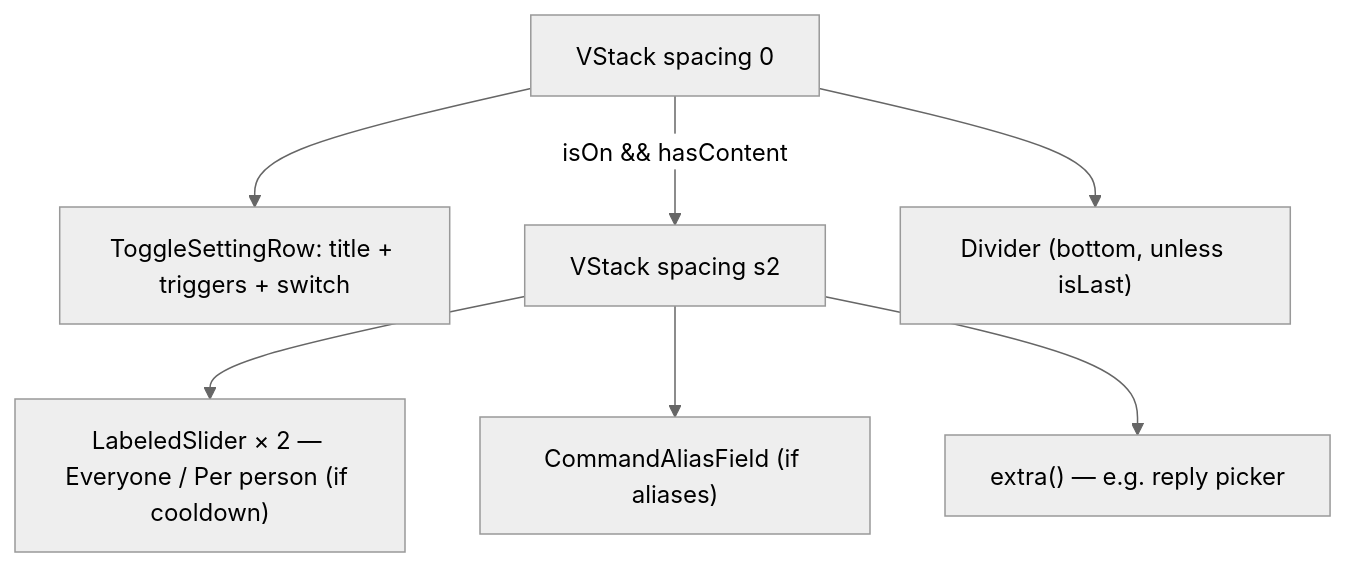
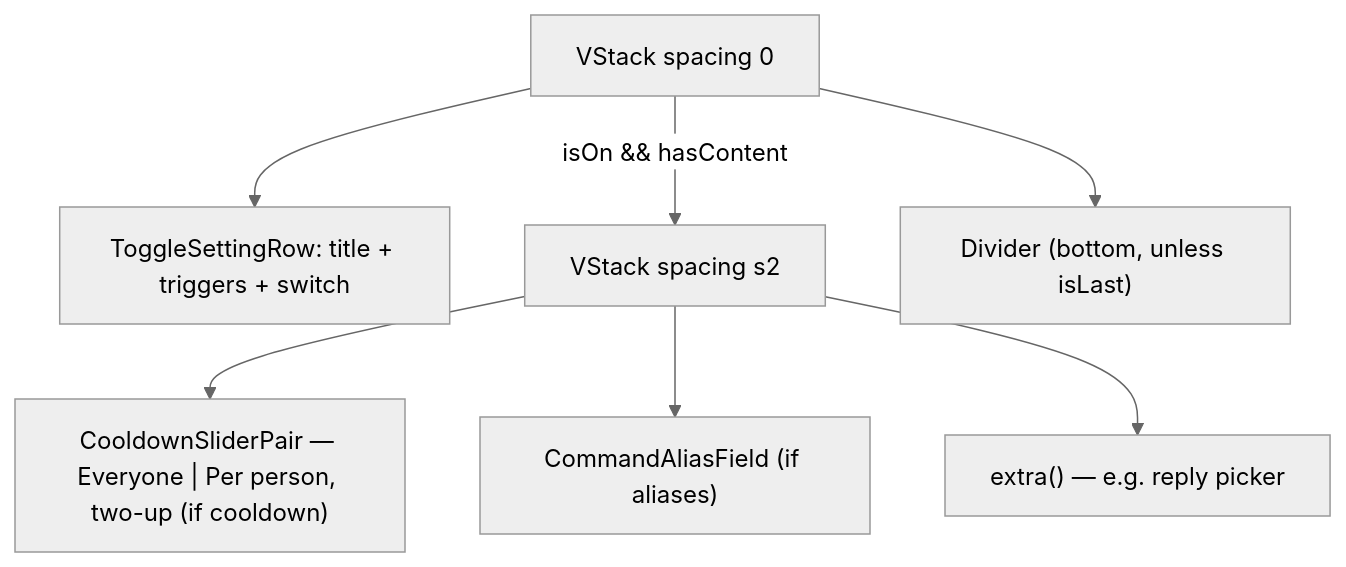
The diagram in design-system/components/command-setting-row.md (MrDemonWolf/WolfWave), drawn with Mermaid (neutral theme) before and after one commit. The commit also changed other lines of this file and 6 other files, not shown here.

````diff
--- a/design-system/components/command-setting-row.md
+++ b/design-system/components/command-setting-row.md
@@ -52,9 +52,9 @@
 ```mermaid
 flowchart TD
   Row[VStack spacing 0] --> Toggle[ToggleSettingRow: title + triggers + switch]
   Row -->|isOn && hasContent| Details[VStack spacing s2]
-  Details --> CD["LabeledSlider × 2 — Everyone / Per person (if cooldown)"]
+  Details --> CD["CooldownSliderPair — Everyone | Per person, two-up (if cooldown)"]
   Details --> Alias["CommandAliasField (if aliases)"]
   Details --> Extra["extra() — e.g. reply picker"]
   Row --> Divider["Divider (bottom, unless isLast)"]
 ```
````
